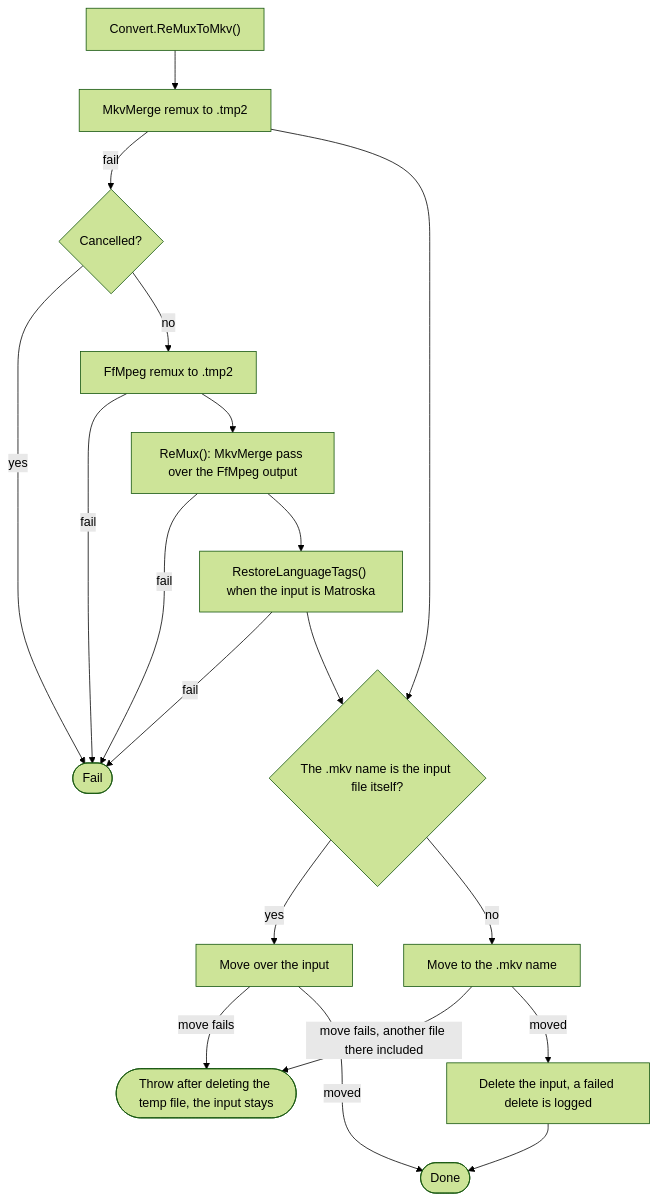
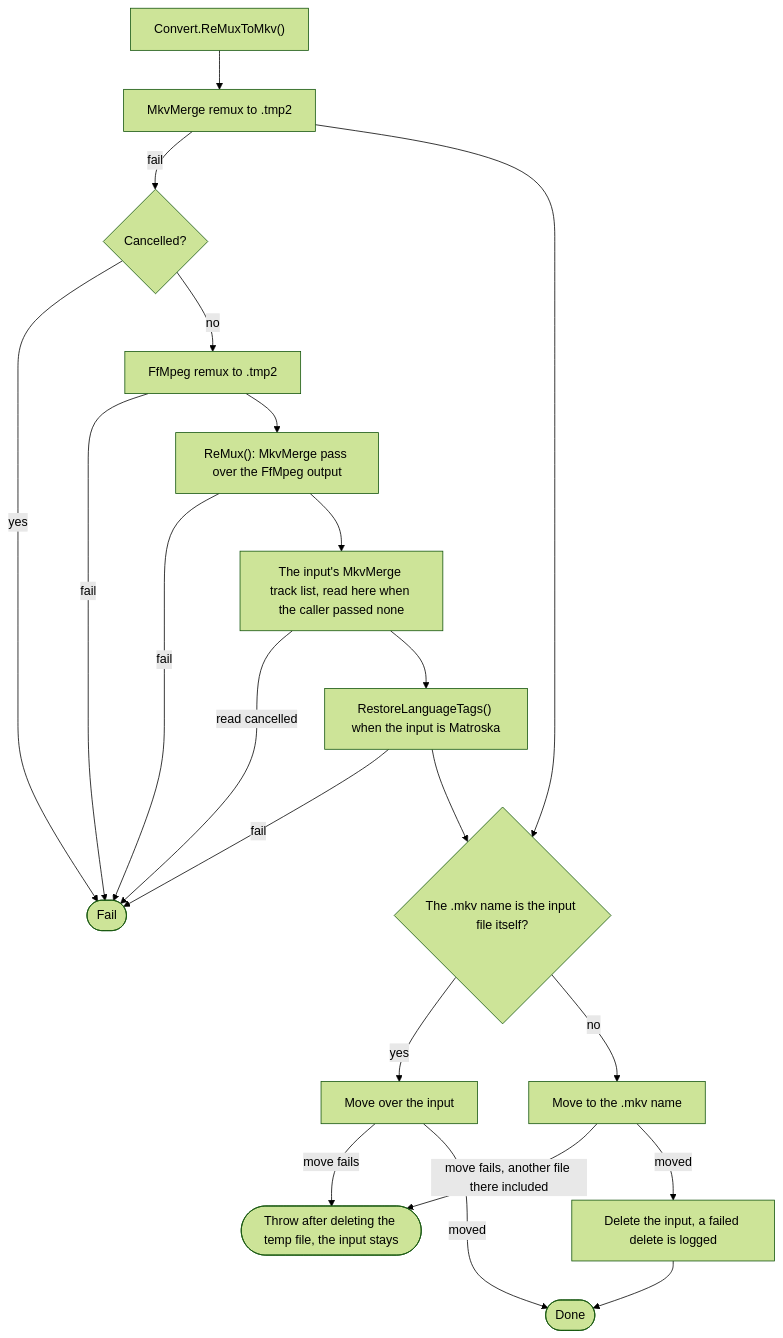
The fifth of 20 diagrams in ARCHITECTURE.md (ptr727/PlexCleaner), drawn with Mermaid (forest theme) before and after one commit. The commit also changed other lines of this file and 2 other files, not shown here.

Commit message:
Restore IETF Tags When a Misnamed Matroska File Remuxes Through FFmpeg (#1162)
* Restore IETF Tags When a Misnamed Matroska File Remuxes Through FFmpeg

RemuxByExtension() passed no track list, so the FFmpeg fallback could not restore the IETF tags of a Matroska file under a ReMuxExtensions extension.

* Read Props Only in the FFmpeg Fallback for a Remux by Extension

* State That the Restore Reads the Original Input's Track List

* Fail the FFmpeg Fallback Remux When a Cancel Stops the Track Read

* Draw the Cancelled Track Read in the ReMuxToMkv Flowchart

* Test the Remux Fallback's Failed Identify and the Restored Tag Source

---------

````diff
--- a/ARCHITECTURE.md
+++ b/ARCHITECTURE.md
@@ -436,21 +436,23 @@
 ```mermaid
 flowchart TD
   X0["Convert.ReMuxToMkv()"] --> X1["MkvMerge remux to .tmp2"]
   X1 -->|fail| X2{"Cancelled?"}
   X2 -->|yes| XF(["Fail"])
   X2 -->|no| X3["FfMpeg remux to .tmp2"]
   X3 -->|fail| XF
   X3 --> X4["ReMux(): MkvMerge pass over the FfMpeg output"]
   X4 -->|fail| XF
-  X4 --> X9["RestoreLanguageTags() when the input is Matroska"]
+  X4 --> X10["The input's MkvMerge track list, read here when the caller passed none"]
+  X10 -->|"read cancelled"| XF
+  X10 --> X9["RestoreLanguageTags() when the input is Matroska"]
   X9 -->|fail| XF
   X1 --> X5{"The .mkv name is the input file itself?"}
   X9 --> X5
   X5 -->|yes| X6["Move over the input"]
   X5 -->|no| X7["Move to the .mkv name"]
   X6 -->|"move fails"| XT(["Throw after deleting the temp file, the input stays"])
   X7 -->|"move fails, another file there included"| XT
   X7 -->|moved| X8["Delete the input, a failed delete is logged"]
   X6 -->|moved| XOK(["Done"])
   X8 --> XOK
 ```
````
